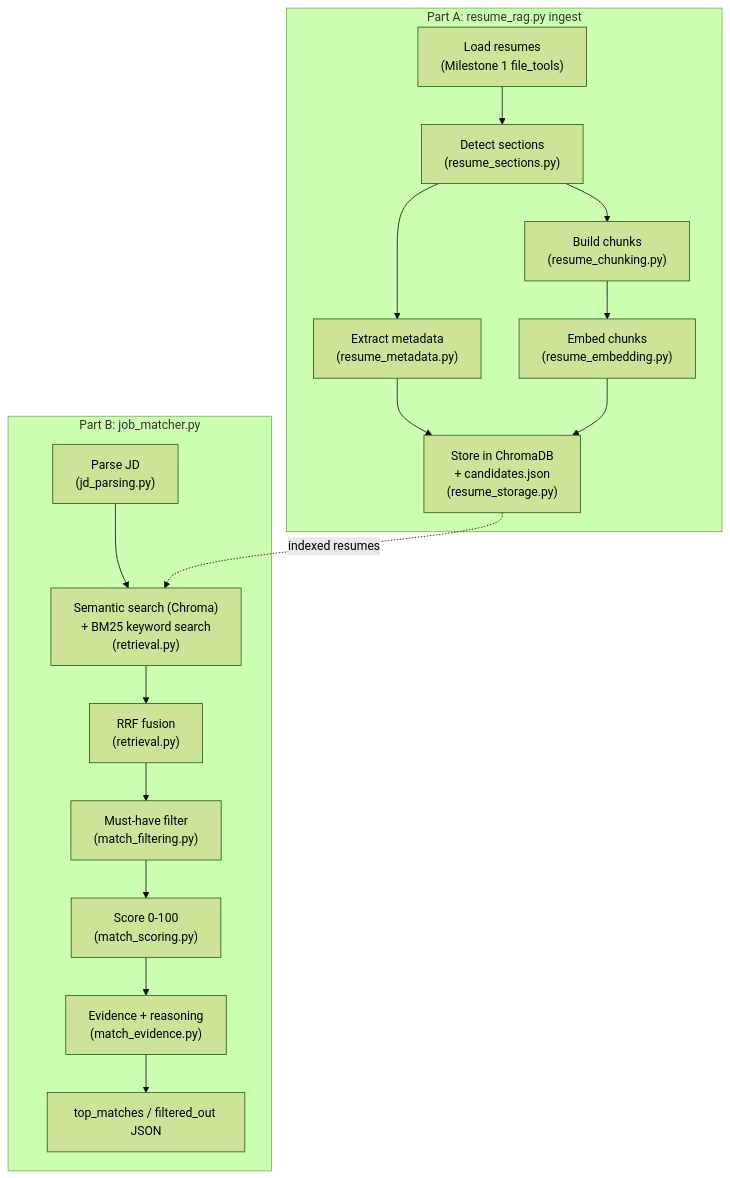
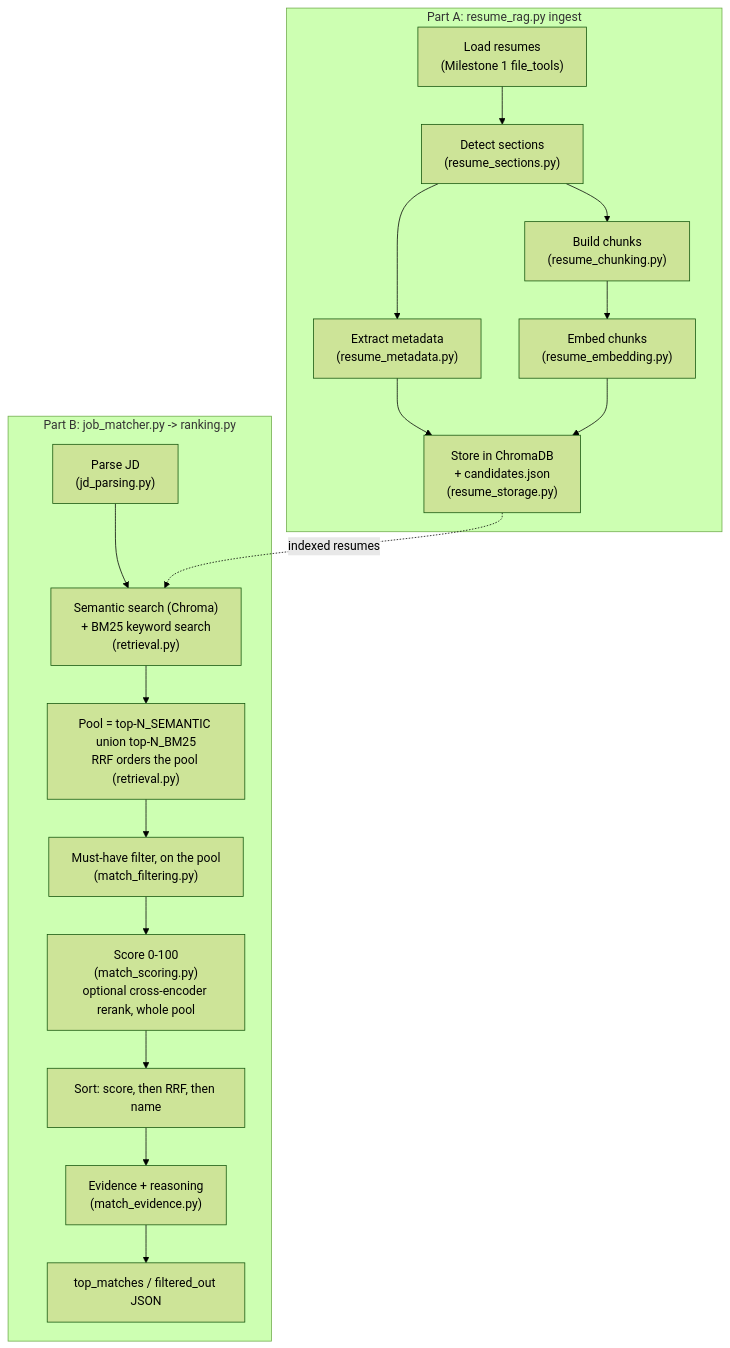
Before and after one commit to puranderdua8/resume-rag-job-matcher: the diagram in README.md, drawn with Mermaid (forest theme). The commit also changed other lines of this file and 30 other files, not shown here.

````diff
--- a/README.md
+++ b/README.md
@@ -37,22 +37,23 @@
 ```mermaid
 flowchart TD
     subgraph "Part A: resume_rag.py ingest"
         A1["Load resumes<br/>(Milestone 1 file_tools)"] --> A2["Detect sections<br/>(resume_sections.py)"]
         A2 --> A3["Extract metadata<br/>(resume_metadata.py)"]
         A2 --> A4["Build chunks<br/>(resume_chunking.py)"]
         A4 --> A5["Embed chunks<br/>(resume_embedding.py)"]
         A3 --> A6
         A5 --> A6["Store in ChromaDB<br/>+ candidates.json<br/>(resume_storage.py)"]
     end
 
-    subgraph "Part B: job_matcher.py"
+    subgraph "Part B: job_matcher.py -> ranking.py"
         B1["Parse JD<br/>(jd_parsing.py)"] --> B2["Semantic search (Chroma)<br/>+ BM25 keyword search<br/>(retrieval.py)"]
-        B2 --> B3["RRF fusion<br/>(retrieval.py)"]
-        B3 --> B4["Must-have filter<br/>(match_filtering.py)"]
-        B4 --> B5["Score 0-100<br/>(match_scoring.py)"]
-        B5 --> B6["Evidence + reasoning<br/>(match_evidence.py)"]
+        B2 --> B2b["Pool = top-N_SEMANTIC union top-N_BM25<br/>RRF orders the pool (retrieval.py)"]
+        B2b --> B4["Must-have filter, on the pool<br/>(match_filtering.py)"]
+        B4 --> B5["Score 0-100<br/>(match_scoring.py)<br/>optional cross-encoder rerank, whole pool"]
+        B5 --> B5b["Sort: score, then RRF, then name"]
+        B5b --> B6["Evidence + reasoning<br/>(match_evidence.py)"]
         B6 --> B7["top_matches / filtered_out JSON"]
     end
 
     A6 -. "indexed resumes" .-> B2
 ```
````
